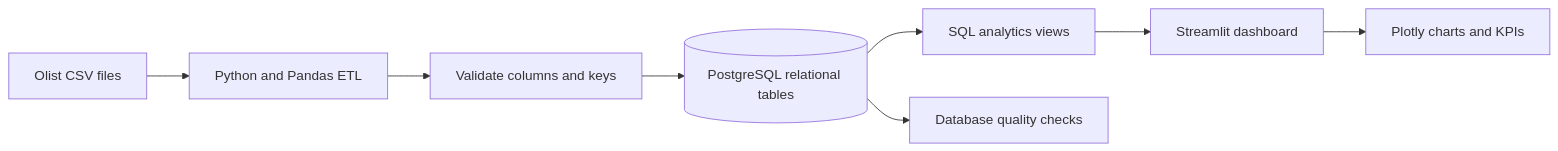
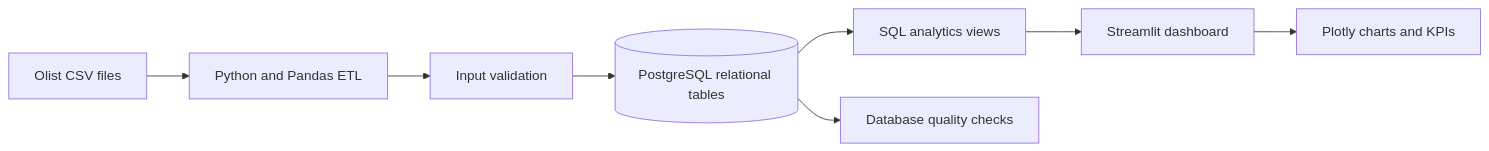
One commit to Akiwumi-Ade/olist-ecommerce-analytics changed the diagram in README.md. Above: the diagram before and after it, drawn with Mermaid. The commit also changed other lines of this file, not shown here.

````diff
--- a/README.md
+++ b/README.md
@@ -23,10 +30,10 @@
 ```mermaid
 flowchart LR
     A[Olist CSV files] --> B[Python and Pandas ETL]
-    B --> C[Validate columns and keys]
+    B --> C[Input validation]
     C --> D[(PostgreSQL relational tables)]
     D --> E[SQL analytics views]
     E --> F[Streamlit dashboard]
     F --> G[Plotly charts and KPIs]
     D --> H[Database quality checks]
 ```
````
